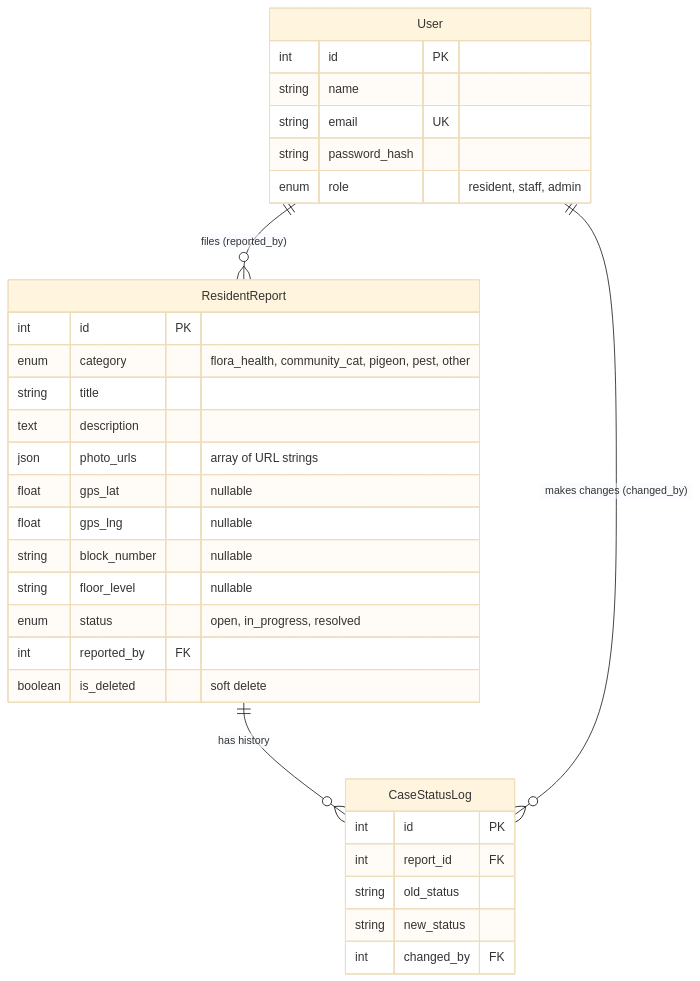
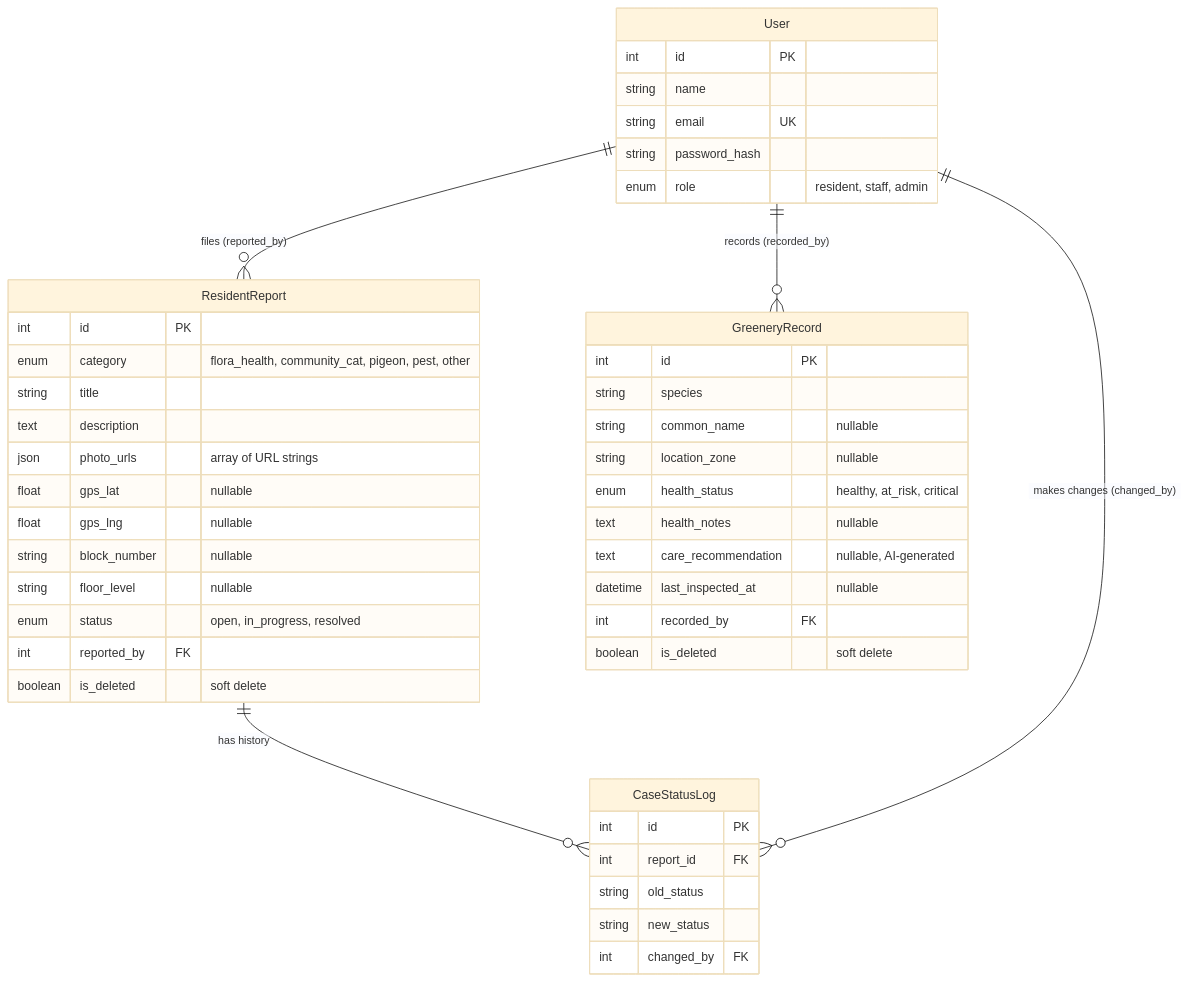
One commit to fsad-team-4/4e-flora-fauna-tracker changed the diagram in design/er-diagram.md. Above: the diagram before and after it, drawn with Mermaid (base theme). The commit also changed other lines of this file and 4 other files, not shown here.

Commit message:
docs: add flora design docs, CLAUDE.md member block, and ER diagram entity

````diff
--- a/design/er-diagram.md
+++ b/design/er-diagram.md
@@ -7,47 +7,59 @@
 ```mermaid
 erDiagram
     User ||--o{ ResidentReport : "files (reported_by)"
     ResidentReport ||--o{ CaseStatusLog : "has history"
     User ||--o{ CaseStatusLog : "makes changes (changed_by)"
+    User ||--o{ GreeneryRecord : "records (recorded_by)"
 
     User {
         int id PK
         string name
         string email UK
         string password_hash
         enum role "resident, staff, admin"
     }
 
     ResidentReport {
         int id PK
         enum category "flora_health, community_cat, pigeon, pest, other"
         string title
         text description
         json photo_urls "array of URL strings"
         float gps_lat "nullable"
         float gps_lng "nullable"
         string block_number "nullable"
         string floor_level "nullable"
         enum status "open, in_progress, resolved"
         int reported_by FK
         boolean is_deleted "soft delete"
     }
 
     CaseStatusLog {
         int id PK
         int report_id FK
         string old_status
         string new_status
         int changed_by FK
     }
 
+    GreeneryRecord {
+        int id PK
+        string species
+        string common_name "nullable"
+        string location_zone "nullable"
+        enum health_status "healthy, at_risk, critical"
+        text health_notes "nullable"
+        text care_recommendation "nullable, AI-generated"
+        datetime last_inspected_at "nullable"
+        int recorded_by FK
+        boolean is_deleted "soft delete"
+    }
+
     %% ----------------------------------------------------------------
     %% Teammate entities - add below, plus their relationships above.
-    %% M1 Flora (Shernell): add GreeneryRecord (or your flora entities)
-    %%   + relationships to User.
     %% M2 Fauna (Renee): add FaunaSighting (or your fauna entities)
     %%   + relationships.
     %% M4 Alerts (Angelyn): add Alert/Notification entities
     %%   + relationships.
     %% ----------------------------------------------------------------
 ```
````
